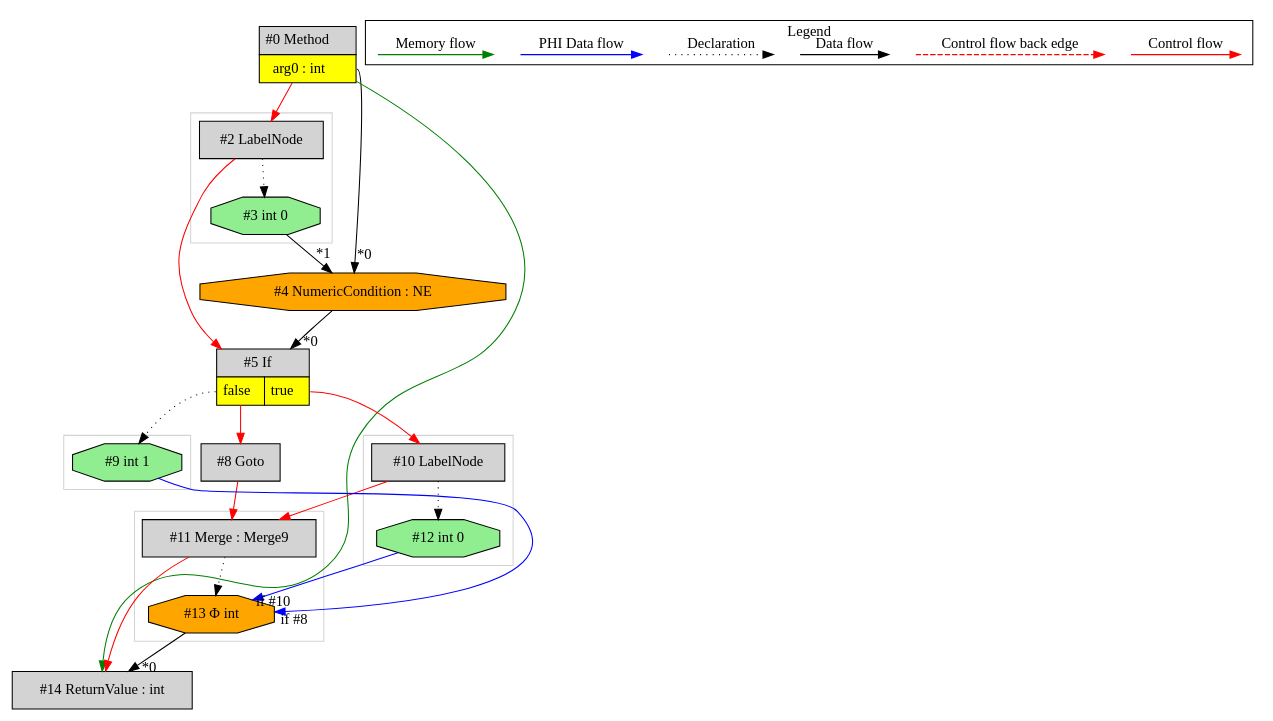
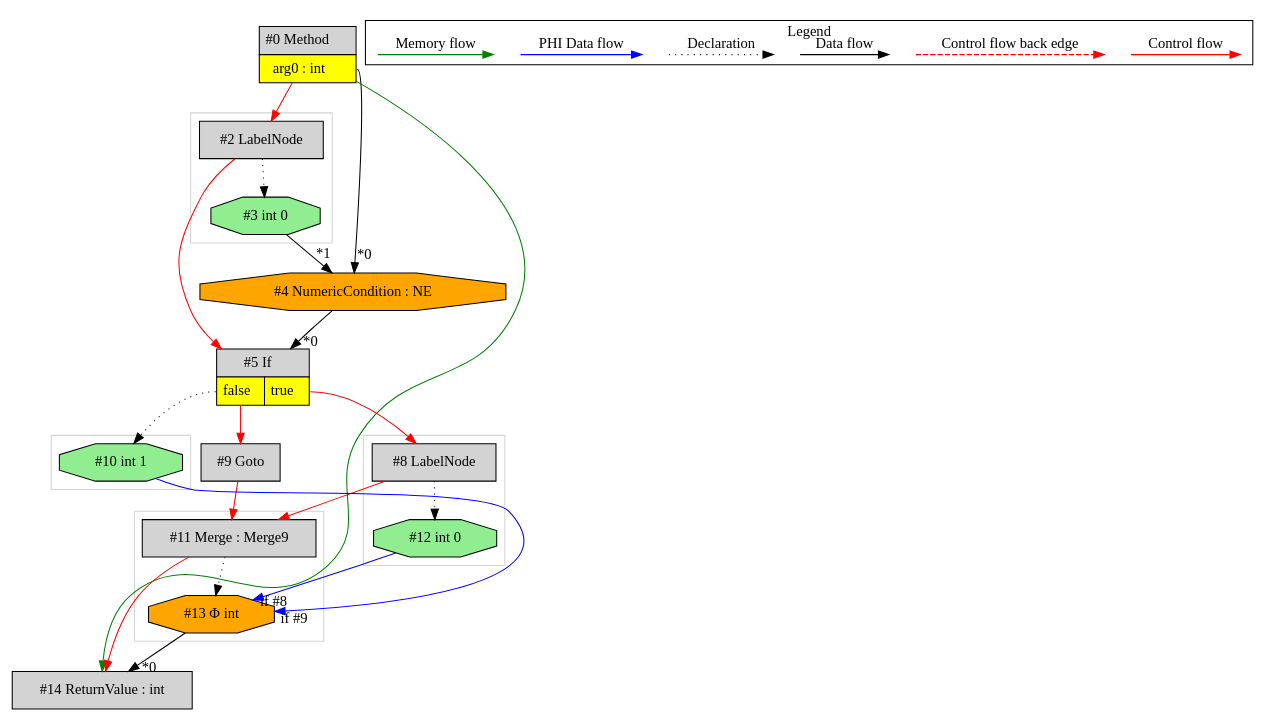
The diagram in de.mirkosertic.metair.ir.examples.MethodInvokeTest/staticReturnBoolean/ir.dot (mirkosertic/MetaIR), drawn with Graphviz before and after one commit. The commit also changed 519 other files, not shown here.

```diff
--- a/de.mirkosertic.metair.ir.examples.MethodInvokeTest/staticReturnBoolean/ir.dot
+++ b/de.mirkosertic.metair.ir.examples.MethodInvokeTest/staticReturnBoolean/ir.dot
@@ -1,78 +1,78 @@
 digraph {
  ordering="in";
  node0[margin="0", label=<<table border="0" cellborder="1" cellspacing="0" cellpadding="5"><tr><td colspan="1">#0 Method</td></tr><tr><td port="prj1" bgcolor="yellow">arg0 : int</td></tr></table>>,shape=none, fillcolor=lightgrey, style=filled];
  node2[label="#2 LabelNode",shape=box, fillcolor=lightgrey, style=filled];
  node0 -> node2[labeldistance=2, color=red, fontcolor=red];
- node5[margin="0", label=<<table border="0" cellborder="1" cellspacing="0" cellpadding="5"><tr><td colspan="2">#5 If</td></tr><tr><td port="prj6" bgcolor="yellow">false</td><td port="prj7" bgcolor="yellow">true</td></tr></table>>,shape=none, fillcolor=lightgrey, style=filled];
+ node5[margin="0", label=<<table border="0" cellborder="1" cellspacing="0" cellpadding="5"><tr><td colspan="2">#5 If</td></tr><tr><td port="prj7" bgcolor="yellow">false</td><td port="prj6" bgcolor="yellow">true</td></tr></table>>,shape=none, fillcolor=lightgrey, style=filled];
  node4 -> node5[headlabel="*0", labeldistance=2];
  node2 -> node5[labeldistance=2, color=red, fontcolor=red];
  node4[label="#4 NumericCondition : NE",shape=octagon, fillcolor=orange, style=filled];
  node0:prj1 -> node4[headlabel="*0", labeldistance=2];
  node3 -> node4[headlabel="*1", labeldistance=2];
  node3[label="#3 int 0",shape=octagon, fillcolor=lightgreen, style=filled];
  node2 -> node3[style=dotted];
- node10[label="#10 LabelNode",shape=box, fillcolor=lightgrey, style=filled];
- node5:prj7 -> node10[labeldistance=2, color=red, fontcolor=red];
+ node9[label="#9 Goto",shape=box, fillcolor=lightgrey, style=filled];
+ node5:prj7 -> node9[labeldistance=2, color=red, fontcolor=red];
  node11[label="#11 Merge : Merge9",shape=box, fillcolor=lightgrey, style=filled];
+ node9 -> node11[labeldistance=2, color=red, fontcolor=red];
  node8 -> node11[labeldistance=2, color=red, fontcolor=red];
- node10 -> node11[labeldistance=2, color=red, fontcolor=red];
- node8[label="#8 Goto",shape=box, fillcolor=lightgrey, style=filled];
+ node8[label="#8 LabelNode",shape=box, fillcolor=lightgrey, style=filled];
  node5:prj6 -> node8[labeldistance=2, color=red, fontcolor=red];
- node9[label="#9 int 1",shape=octagon, fillcolor=lightgreen, style=filled];
- node5:prj6 -> node9[style=dotted];
+ node12[label="#12 int 0",shape=octagon, fillcolor=lightgreen, style=filled];
+ node8 -> node12[style=dotted];
  node13[label="#13 Φ int",shape=octagon, fillcolor=orange, style=filled];
  node11 -> node13[style=dotted];
- node9 -> node13[headlabel="if #8", labeldistance=2, color=blue, constraint=false];
- node12 -> node13[headlabel="if #10", labeldistance=2, color=blue, constraint=false];
- node12[label="#12 int 0",shape=octagon, fillcolor=lightgreen, style=filled];
- node10 -> node12[style=dotted];
+ node10 -> node13[headlabel="if #9", labeldistance=2, color=blue, constraint=false];
+ node12 -> node13[headlabel="if #8", labeldistance=2, color=blue, constraint=false];
+ node10[label="#10 int 1",shape=octagon, fillcolor=lightgreen, style=filled];
+ node5:prj7 -> node10[style=dotted];
  node14[label="#14 ReturnValue : int",shape=box, fillcolor=lightgrey, style=filled];
  node13 -> node14[headlabel="*0", labeldistance=2];
  node11 -> node14[labeldistance=2, color=red, fontcolor=red];
  node0 -> node14[labeldistance=2, color=green, constraint=false];
  subgraph cluster_0 {
   color=lightgray;
-  node10;
+  node8;
   node12;
  }
  subgraph cluster_1 {
   color=lightgray;
-  node9;
+  node11;
+  node13;
  }
  subgraph cluster_2 {
   color=lightgray;
-  node2;
-  node3;
+  node10;
  }
  subgraph cluster_3 {
   color=lightgray;
-  node11;
-  node13;
+  node2;
+  node3;
  }
  subgraph cluster_000 {
   label = "Legend";
   node [shape=point]
   {
    rank=same;
    c0 [style = invis];
    c1 [style = invis];
    c2 [style = invis];
    c3 [style = invis];
    d0 [style = invis];
    d1 [style = invis];
    d2 [style = invis];
    d3 [style = invis];
    d4 [style = invis];
    d5 [style = invis];
    d6 [style = invis];
    d7 [style = invis];
   }
   c0 -> c1 [label="Control flow", style=solid, color=red]
   c2 -> c3 [label="Control flow back edge", style=dashed, color=red]
   d0 -> d1 [label="Data flow"]
   d2 -> d3 [label="Declaration", style=dotted]
   d4 -> d5 [label="PHI Data flow", color=blue]
   d6 -> d7 [label="Memory flow", color=green]
  }
 
 }
```
